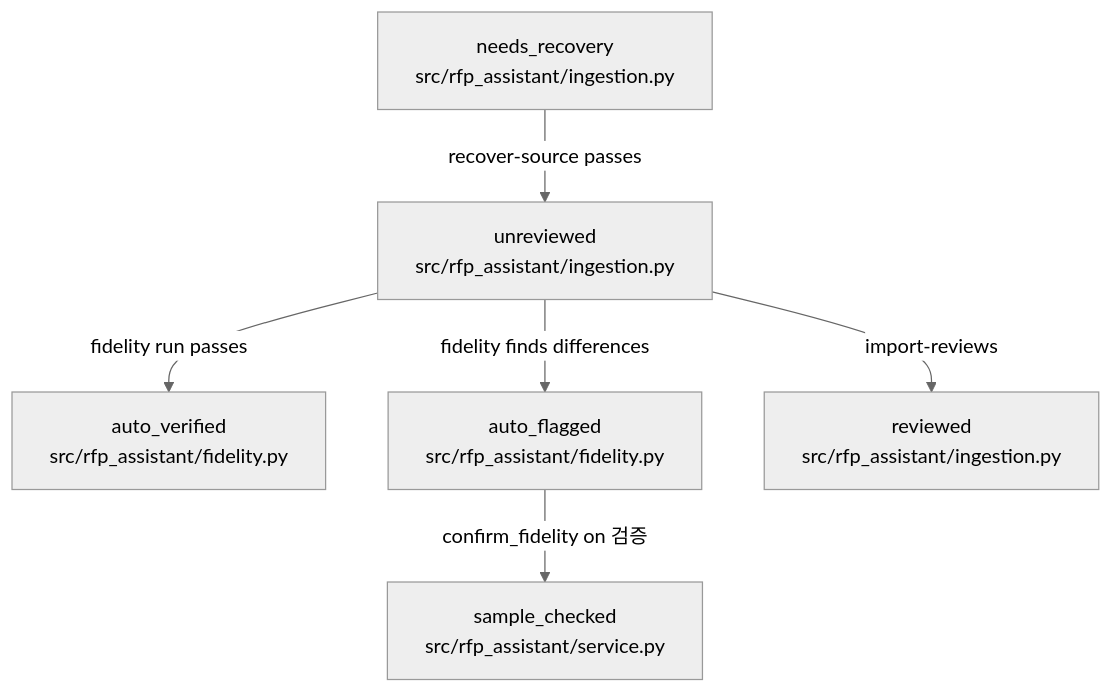
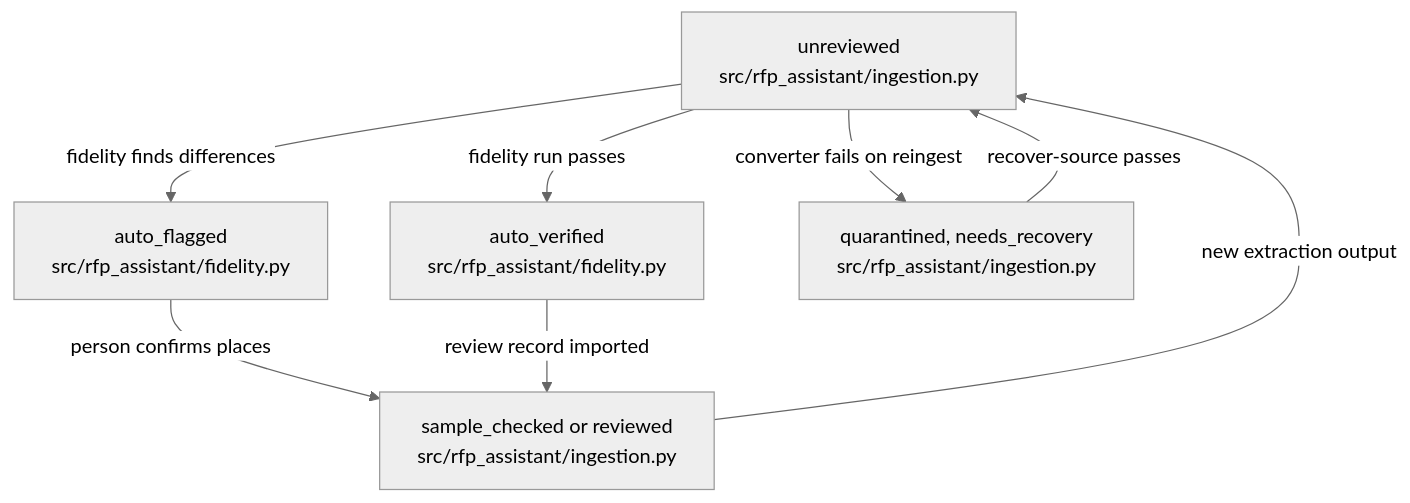
The diagram in .omm/state-transitions/source-review/diagram.mmd (littleeeeebit/project-codeit-mid), drawn with Mermaid (neutral theme) before and after one commit. The commit also changed 349 other files, not shown here.

Commit message:
Refresh wiki and architecture before merge

```diff
--- a/.omm/state-transitions/source-review/diagram.mmd
+++ b/.omm/state-transitions/source-review/diagram.mmd
@@ -1,6 +1,13 @@
 graph TD
-  unreviewed["unreviewed\nsrc/rfp_assistant/ingestion.py"] -->|"fidelity run passes"| auto-verified["auto_verified\nsrc/rfp_assistant/fidelity.py"]
-  unreviewed -->|"fidelity finds differences"| auto-flagged["auto_flagged\nsrc/rfp_assistant/fidelity.py"]
-  auto-flagged -->|"confirm_fidelity on 검증"| sample-checked["sample_checked\nsrc/rfp_assistant/service.py"]
-  unreviewed -->|"import-reviews"| reviewed["reviewed\nsrc/rfp_assistant/ingestion.py"]
-  needs-recovery["needs_recovery\nsrc/rfp_assistant/ingestion.py"] -->|"recover-source passes"| unreviewed
+  unreviewed["unreviewed\nsrc/rfp_assistant/ingestion.py"]
+  auto_verified["auto_verified\nsrc/rfp_assistant/fidelity.py"]
+  auto_flagged["auto_flagged\nsrc/rfp_assistant/fidelity.py"]
+  human_checked["sample_checked or reviewed\nsrc/rfp_assistant/ingestion.py"]
+  quarantined["quarantined, needs_recovery\nsrc/rfp_assistant/ingestion.py"]
+  unreviewed -->|"fidelity run passes"| auto_verified
+  unreviewed -->|"fidelity finds differences"| auto_flagged
+  auto_flagged -->|"person confirms places"| human_checked
+  auto_verified -->|"review record imported"| human_checked
+  unreviewed -->|"converter fails on reingest"| quarantined
+  quarantined -->|"recover-source passes"| unreviewed
+  human_checked -->|"new extraction output"| unreviewed
```
